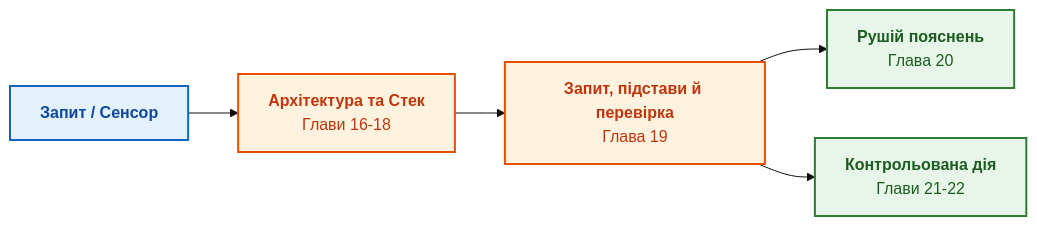
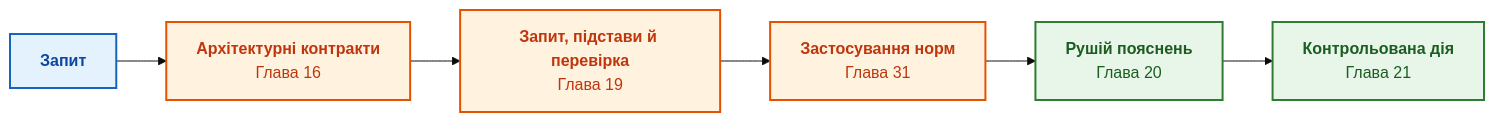
One commit to nick-fedchik/articles changed the diagram in ExpertSystem/part-04-architecture-and-inference.md. Above: the diagram before and after it, drawn with Mermaid (base theme). The commit also changed other lines of this file and 47 other files, not shown here.

````diff
--- a/ExpertSystem/part-04-architecture-and-inference.md
+++ b/ExpertSystem/part-04-architecture-and-inference.md
@@ -22,18 +19,19 @@
 ```mermaid
 flowchart LR
     accTitle: Шлях рішення в Частині IV
-    accDescr: Від запитання користувача через архітектурний стек і машину виведення до пояснення та кібернетичної дії.
+    accDescr: Запит, перевірка підстав, застосування норм, пояснення та окремий допуск дії.
 
-    Q["<b>Запит / Сенсор</b>"] --> CORE["<b>Архітектура та Стек</b><br/>Глави 16-18"]
+    Q["<b>Запит</b>"] --> CORE["<b>Архітектурні контракти</b><br/>Глава 16"]
     CORE --> REASON["<b>Запит, підстави й перевірка</b><br/>Глава 19"]
-    REASON --> EXP["<b>Рушій пояснень</b><br/>Глава 20"]
-    REASON --> ACT["<b>Контрольована дія</b><br/>Глави 21-22"]
+    REASON --> RULE["<b>Застосування норм</b><br/>Глава 31"]
+    RULE --> EXP["<b>Рушій пояснень</b><br/>Глава 20"]
+    EXP --> ACT["<b>Контрольована дія</b><br/>Глава 21"]
 
     classDef in fill:#e3f2fd,stroke:#1565c0,stroke-width:2px,color:#0d47a1;
     classDef arch fill:#fff3e0,stroke:#e65100,stroke-width:2px,color:#bf360c;
     classDef out fill:#e8f5e9,stroke:#2e7d32,stroke-width:2px,color:#1b5e20;
 
     class Q in;
-    class CORE,REASON arch;
+    class CORE,REASON,RULE arch;
     class EXP,ACT out;
 ```
````
